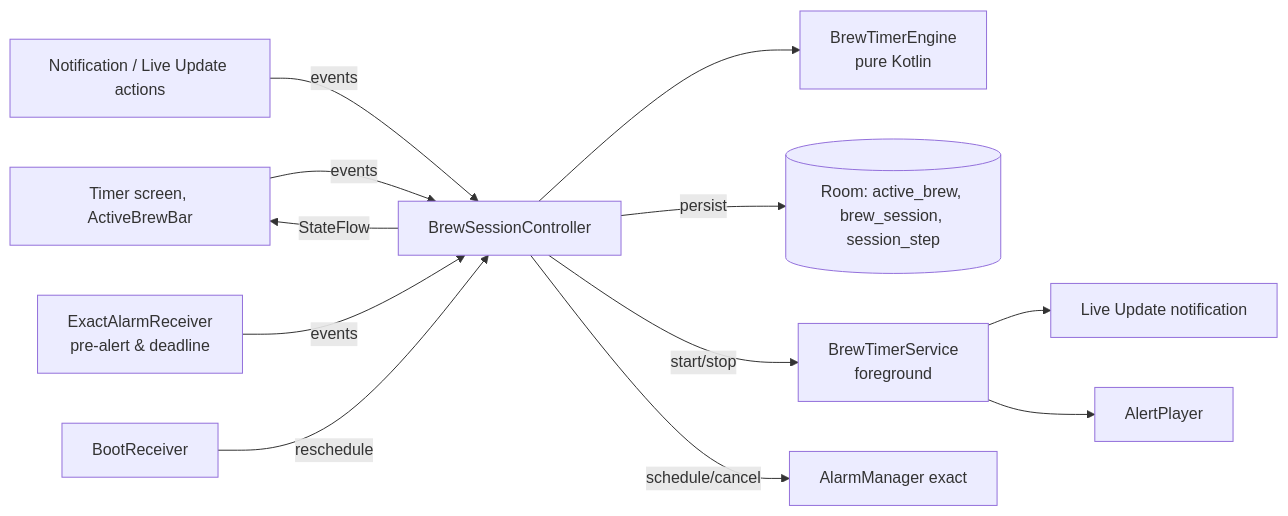
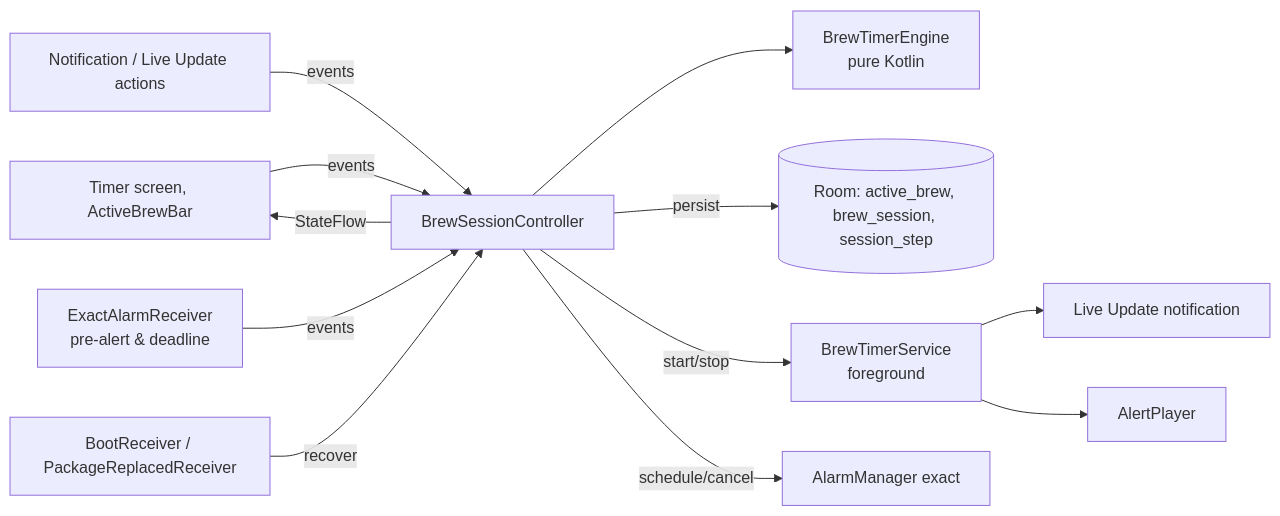
The second of 2 diagrams in docs/specs/04-brew-timer.md (katznmeik/UmamiT), drawn with Mermaid before and after one commit. The commit also changed other lines of this file and 18 other files, not shown here.

````diff
--- a/docs/specs/04-brew-timer.md
+++ b/docs/specs/04-brew-timer.md
@@ -104,14 +104,14 @@
 ```mermaid
 flowchart LR
     UI[Timer screen, ActiveBrewBar] -- events --> C[BrewSessionController]
     N[Notification / Live Update actions] -- events --> C
     A[ExactAlarmReceiver\npre-alert & deadline] -- events --> C
-    B[BootReceiver] -- reschedule --> C
+    B[BootReceiver / PackageReplacedReceiver] -- recover --> C
     C --> E[BrewTimerEngine\npure Kotlin]
     C -- persist --> DB[(Room: active_brew, brew_session, session_step)]
     C -- StateFlow --> UI
     C -- start/stop --> S[BrewTimerService\nforeground]
     S --> NB[Live Update notification]
     S --> AP[AlertPlayer]
     C -- schedule/cancel --> AM[AlarmManager exact]
 ```
````
